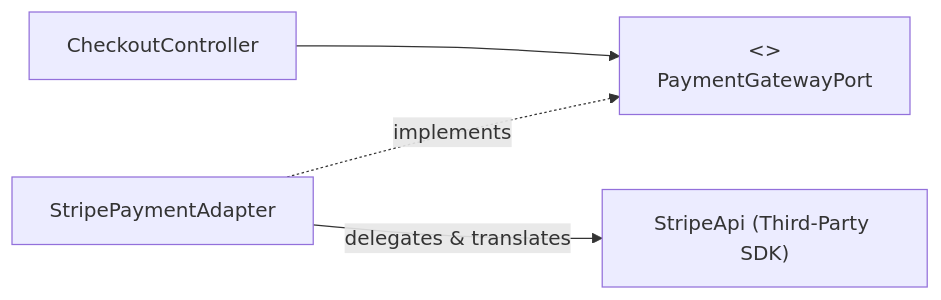
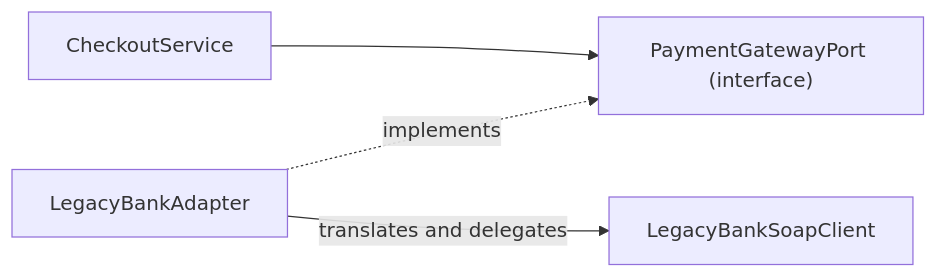
The second of 5 diagrams in content/roadmap/level-6/structural-patterns.md (ravishankar2463/java_hub), drawn with Mermaid before and after one commit. The commit also changed other lines of this file and 119 other files, not shown here.

Commit message:
feat: add comprehensive java learning roadmap content across multiple levels

````diff
--- a/content/roadmap/level-6/structural-patterns.md
+++ b/content/roadmap/level-6/structural-patterns.md
@@ -35,6 +33,6 @@
 ```mermaid
 flowchart LR
-    Client["CheckoutController"] --> Target["<<interface>><br/>PaymentGatewayPort"]
-    Adapter["StripePaymentAdapter"] -.->|implements| Target
-    Adapter -->|delegates & translates| Adaptee["StripeApi (Third-Party SDK)"]
+    Client["CheckoutService"] --> Target["PaymentGatewayPort (interface)"]
+    Adapter["LegacyBankAdapter"] -.->|"implements"| Target
+    Adapter -->|"translates and delegates"| Adaptee["LegacyBankSoapClient"]
 ```
````
